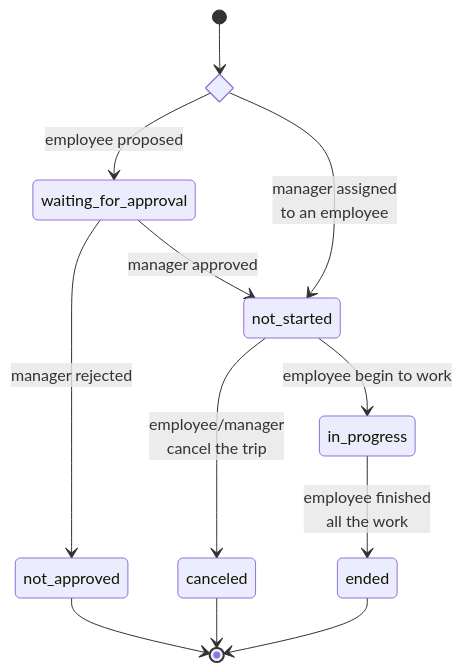
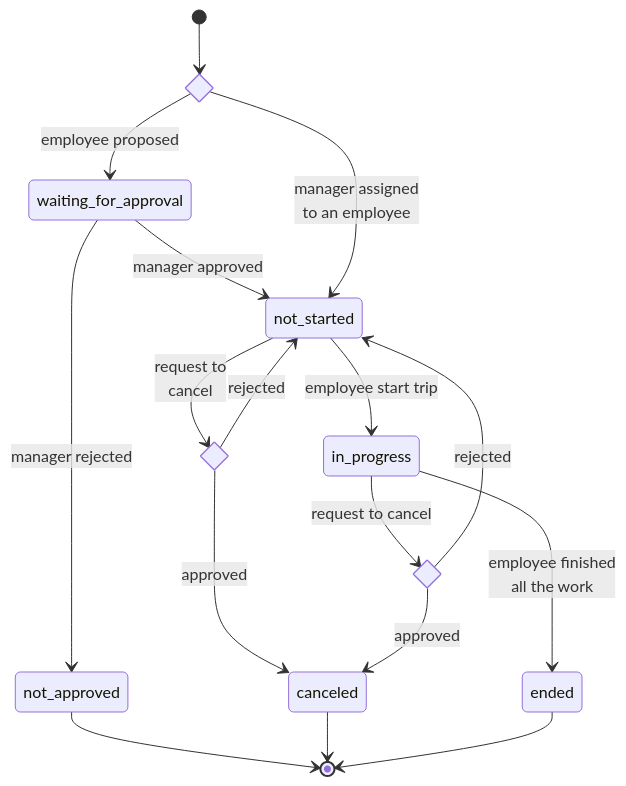
The first of 3 diagrams in docs/state-diagram.md (nnminh-sam/trip-sync-microservices), drawn with Mermaid before and after one commit. The commit also changed other lines of this file and 6 other files, not shown here.

````diff
--- a/docs/state-diagram.md
+++ b/docs/state-diagram.md
@@ -5,15 +5,22 @@
 ```mermaid
 stateDiagram-v2
     state if_state <<choice>>
+    state if_state2 <<choice>>
+    state if_state3 <<choice>>
     [*] --> if_state
     if_state --> waiting_for_approval: employee proposed
+    waiting_for_approval --> not_started: manager approved
     if_state --> not_started: manager assigned<br/>to an employee
     waiting_for_approval --> not_approved: manager rejected
-    waiting_for_approval --> not_started: manager approved
-    not_started --> canceled: employee/manager<br/>cancel the trip
-    not_started --> in_progress: employee begin to work
+    not_started --> in_progress: employee start trip
+    not_started --> if_state2: request to<br/>cancel
+    if_state2 --> not_started: rejected
+    if_state2 --> canceled: approved
+    in_progress --> if_state3: request to cancel
+    if_state3 --> not_started: rejected
+    if_state3 --> canceled: approved
     in_progress --> ended: employee finished<br/>all the work
     not_approved --> [*]
     canceled --> [*]
     ended --> [*]
 ```
````
